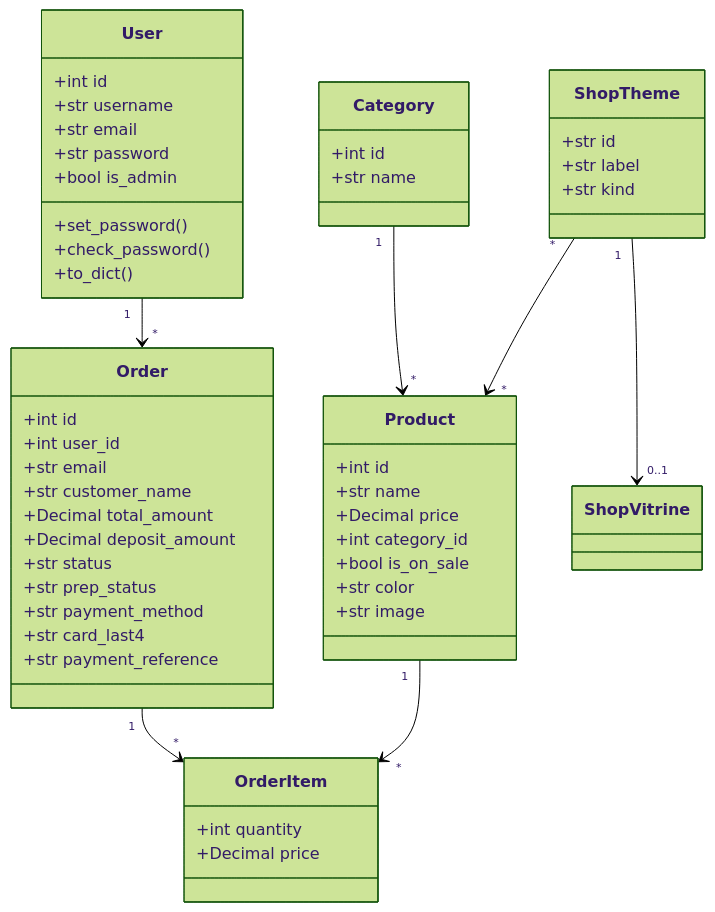
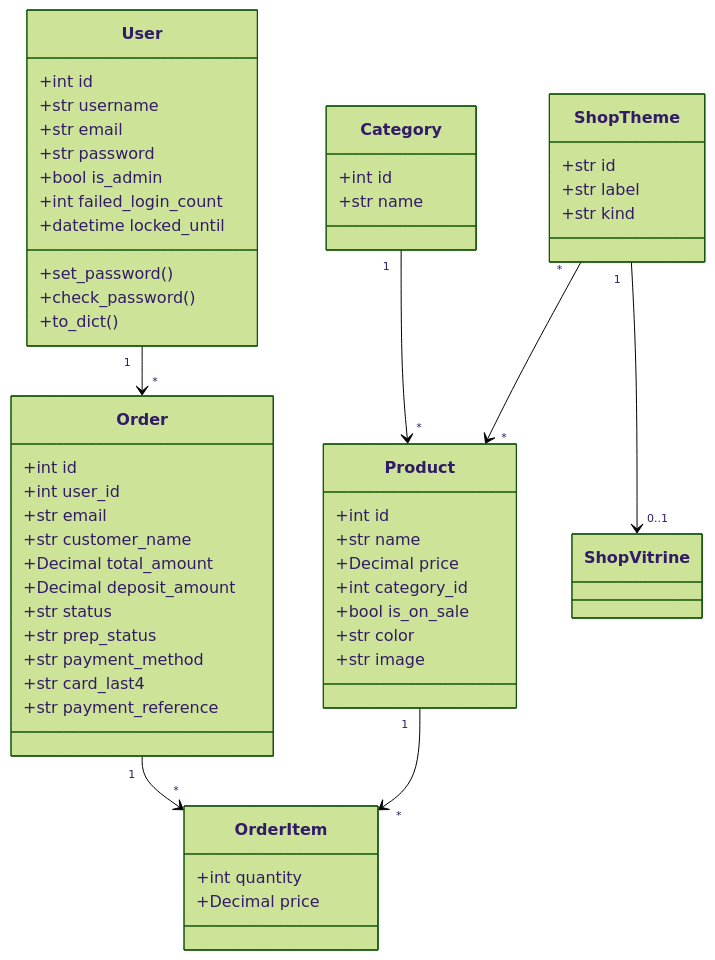
The second of 2 diagrams in README.md (Issercio/Demo-day), drawn with Mermaid (forest theme) before and after one commit. The commit also changed other lines of this file and 14 other files, not shown here.

````diff
--- a/README.md
+++ b/README.md
@@ -269,54 +286,56 @@
 ```mermaid
 classDiagram
   class User {
     +int id
     +str username
     +str email
     +str password
     +bool is_admin
+    +int failed_login_count
+    +datetime locked_until
     +set_password()
     +check_password()
     +to_dict()
   }
   class Product {
     +int id
     +str name
     +Decimal price
     +int category_id
     +bool is_on_sale
     +str color
     +str image
   }
   class Category {
     +int id
     +str name
   }
   class Order {
     +int id
     +int user_id
     +str email
     +str customer_name
     +Decimal total_amount
     +Decimal deposit_amount
     +str status
     +str prep_status
     +str payment_method
     +str card_last4
     +str payment_reference
   }
   class OrderItem {
     +int quantity
     +Decimal price
   }
   class ShopTheme {
     +str id
     +str label
     +str kind
   }
   User "1" --> "*" Order
   Category "1" --> "*" Product
   Order "1" --> "*" OrderItem
   Product "1" --> "*" OrderItem
   ShopTheme "*" --> "*" Product
   ShopTheme "1" --> "0..1" ShopVitrine
 ```
````
